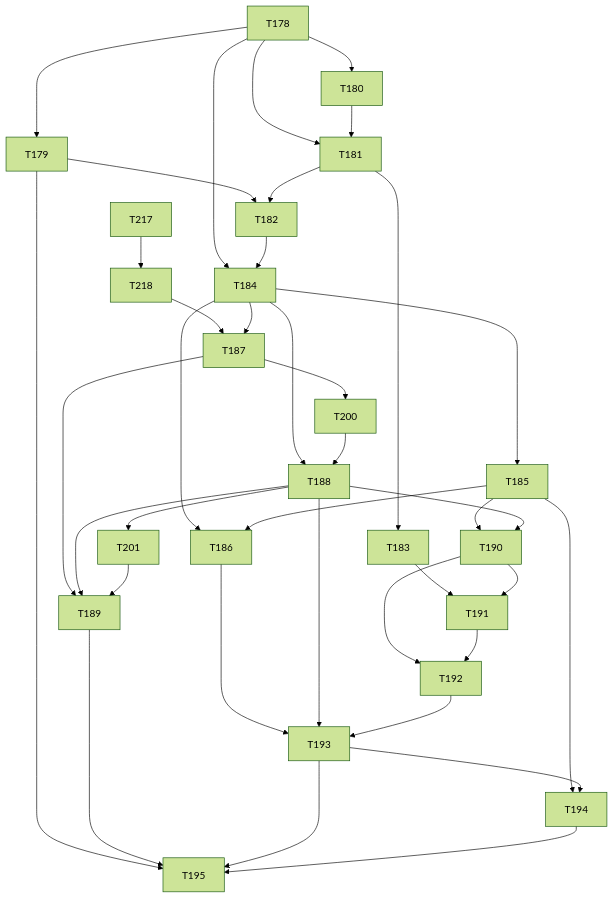
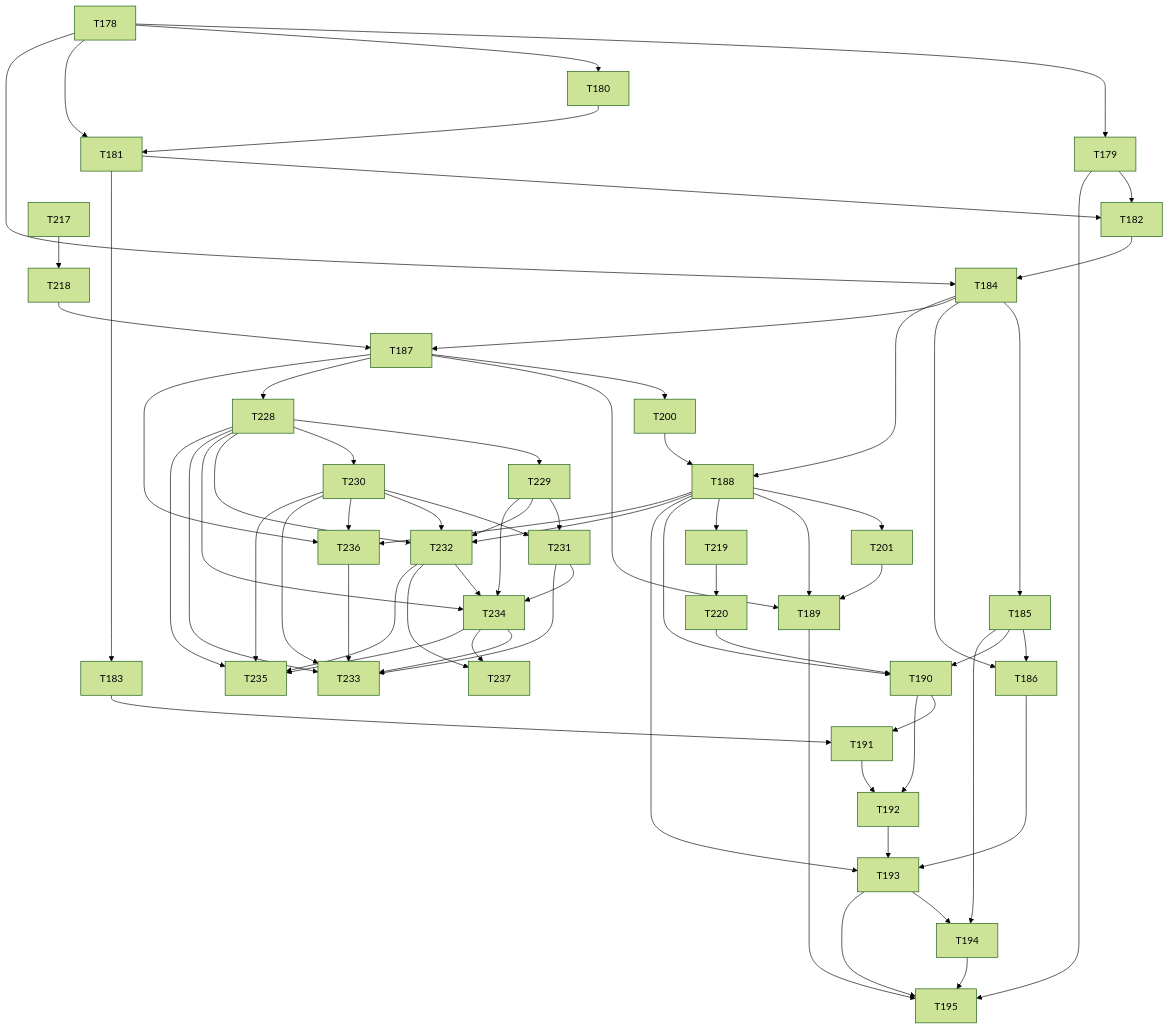
The diagram in docs/maintainers/task-dependency-map.md (NJLaPrell/workflow-cannon), drawn with Mermaid (forest theme) before and after one commit. The commit also changed other lines of this file and 24 other files, not shown here.

````diff
--- a/docs/maintainers/task-dependency-map.md
+++ b/docs/maintainers/task-dependency-map.md
@@ -23,40 +24,70 @@
 ```mermaid
 graph TD
   T178 --> T179
   T178 --> T180
   T178 --> T181
   T180 --> T181
   T179 --> T182
   T181 --> T182
   T181 --> T183
   T178 --> T184
   T182 --> T184
   T184 --> T185
   T184 --> T186
   T185 --> T186
   T217 --> T218
   T218 --> T187
   T184 --> T187
   T184 --> T188
   T187 --> T200
   T200 --> T188
   T187 --> T189
   T188 --> T201
   T188 --> T189
   T201 --> T189
+  T188 --> T219
+  T219 --> T220
   T185 --> T190
   T188 --> T190
+  T220 --> T190
   T183 --> T191
   T190 --> T191
   T190 --> T192
   T191 --> T192
   T186 --> T193
   T188 --> T193
   T192 --> T193
   T185 --> T194
   T193 --> T194
   T179 --> T195
   T189 --> T195
   T193 --> T195
   T194 --> T195
+  T187 --> T228
+  T228 --> T229
+  T228 --> T230
+  T229 --> T231
+  T230 --> T231
+  T228 --> T232
+  T229 --> T232
+  T230 --> T232
+  T188 --> T232
+  T231 --> T234
+  T232 --> T234
+  T229 --> T234
+  T228 --> T234
+  T230 --> T236
+  T188 --> T236
+  T187 --> T236
+  T236 --> T233
+  T228 --> T233
+  T230 --> T233
+  T231 --> T233
+  T234 --> T233
+  T232 --> T237
+  T234 --> T237
+  T228 --> T235
+  T230 --> T235
+  T232 --> T235
+  T234 --> T235
 ```
````
